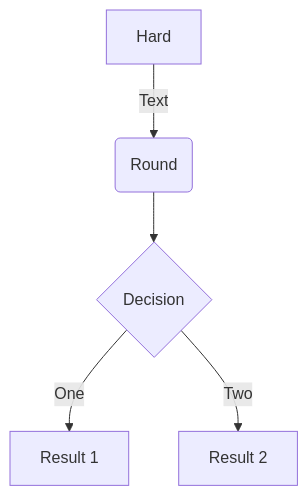
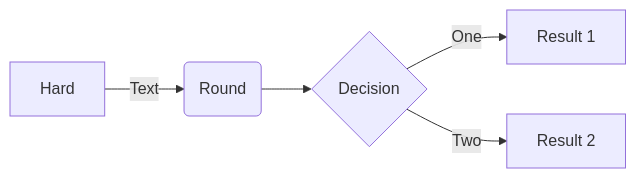
Before and after one commit to nhsengland/ds_251_RAG: the diagram in README.md, drawn with Mermaid. The commit also changed other lines of this file, not shown here.

````diff
--- a/README.md
+++ b/README.md
@@ -38,8 +39,8 @@
  ```mermaid
-    graph
-    
+    graph LR
+
     A[Hard] -->|Text| B(Round)
     B --> C{Decision}
     C -->|One| D[Result 1]
     C -->|Two| E[Result 2]
 ```
````
